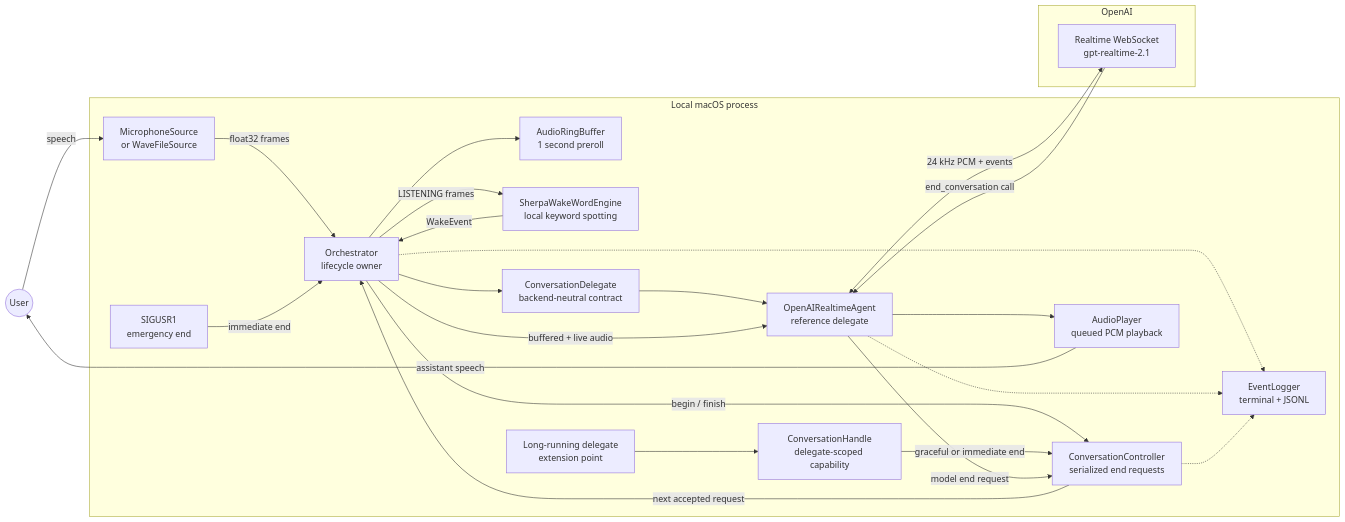
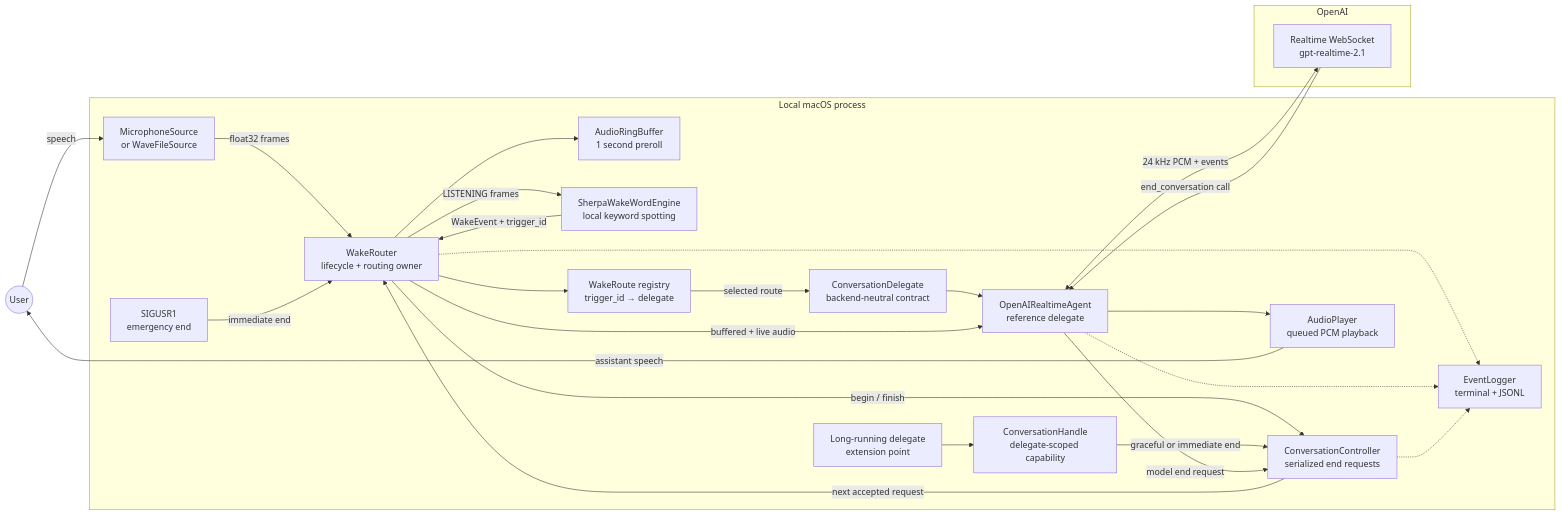
Before and after one commit to kamikaz1k/wake-on: the first of 11 diagrams in docs/architecture.md, drawn with Mermaid. The commit also changed other lines of this file and 14 other files, not shown here.

````diff
--- a/docs/architecture.md
+++ b/docs/architecture.md
@@ -20,47 +23,49 @@
 ```mermaid
 flowchart LR
     User(("User"))
 
     subgraph Local["Local macOS process"]
         Source["MicrophoneSource<br/>or WaveFileSource"]
         Ring["AudioRingBuffer<br/>1 second preroll"]
         KWS["SherpaWakeWordEngine<br/>local keyword spotting"]
-        Harness["Orchestrator<br/>lifecycle owner"]
+        Harness["WakeRouter<br/>lifecycle + routing owner"]
+        Routes["WakeRoute registry<br/>trigger_id → delegate"]
         Control["ConversationController<br/>serialized end requests"]
         Handle["ConversationHandle<br/>delegate-scoped capability"]
         Contract["ConversationDelegate<br/>backend-neutral contract"]
         Agent["OpenAIRealtimeAgent<br/>reference delegate"]
         Player["AudioPlayer<br/>queued PCM playback"]
         Delegate["Long-running delegate<br/>extension point"]
         Signal["SIGUSR1<br/>emergency end"]
         Logs["EventLogger<br/>terminal + JSONL"]
     end
 
     subgraph Remote["OpenAI"]
         Realtime["Realtime WebSocket<br/>gpt-realtime-2.1"]
     end
 
     User -->|"speech"| Source
     Source -->|"float32 frames"| Harness
     Harness --> Ring
     Harness -->|"LISTENING frames"| KWS
-    KWS -->|"WakeEvent"| Harness
-    Harness --> Contract
+    KWS -->|"WakeEvent + trigger_id"| Harness
+    Harness --> Routes
+    Routes -->|"selected route"| Contract
     Contract --> Agent
     Harness -->|"buffered + live audio"| Agent
     Agent <-->|"24 kHz PCM + events"| Realtime
     Agent --> Player
     Player -->|"assistant speech"| User
 
     Harness -->|"begin / finish"| Control
     Delegate --> Handle
     Handle -->|"graceful or immediate end"| Control
     Realtime -->|"end_conversation call"| Agent
     Agent -->|"model end request"| Control
     Signal -->|"immediate end"| Harness
     Control -->|"next accepted request"| Harness
 
     Harness -.-> Logs
     Agent -.-> Logs
     Control -.-> Logs
 ```
````
